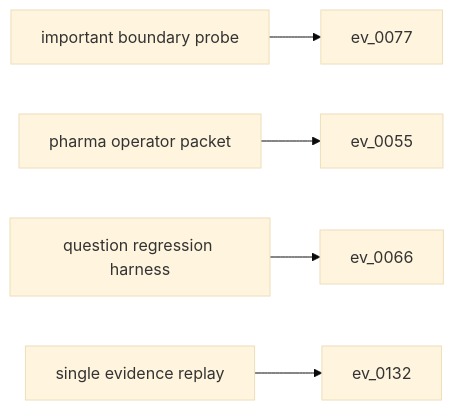
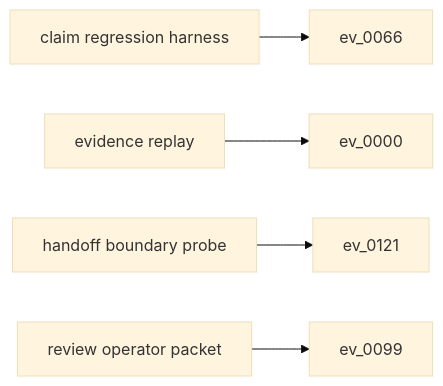
The diagram in outputs/trace_graph.mmd (t7r0n/ada-bench), drawn with Mermaid (base theme) before and after one commit. The commit also changed 21 other files, not shown here.

```diff
--- a/outputs/trace_graph.mmd
+++ b/outputs/trace_graph.mmd
@@ -1,13 +1,13 @@
 flowchart LR
-  s0["important boundary probe"]
-  e0["ev_0077"]
+  s0["claim regression harness"]
+  e0["ev_0066"]
   s0 --> e0
-  s1["pharma operator packet"]
-  e1["ev_0055"]
+  s1["evidence replay"]
+  e1["ev_0000"]
   s1 --> e1
-  s2["question regression harness"]
-  e2["ev_0066"]
+  s2["handoff boundary probe"]
+  e2["ev_0121"]
   s2 --> e2
-  s3["single evidence replay"]
-  e3["ev_0132"]
+  s3["review operator packet"]
+  e3["ev_0099"]
   s3 --> e3
```
